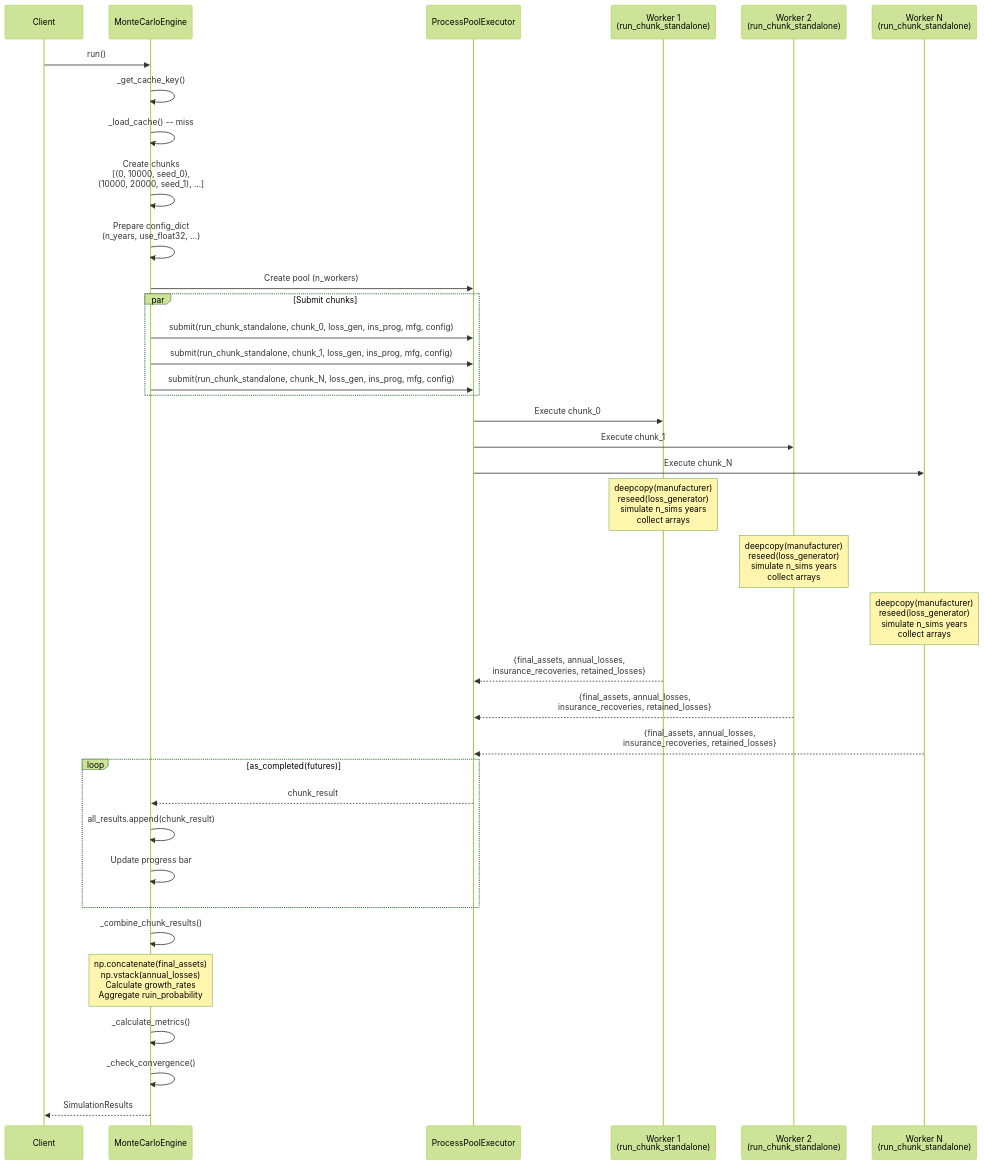
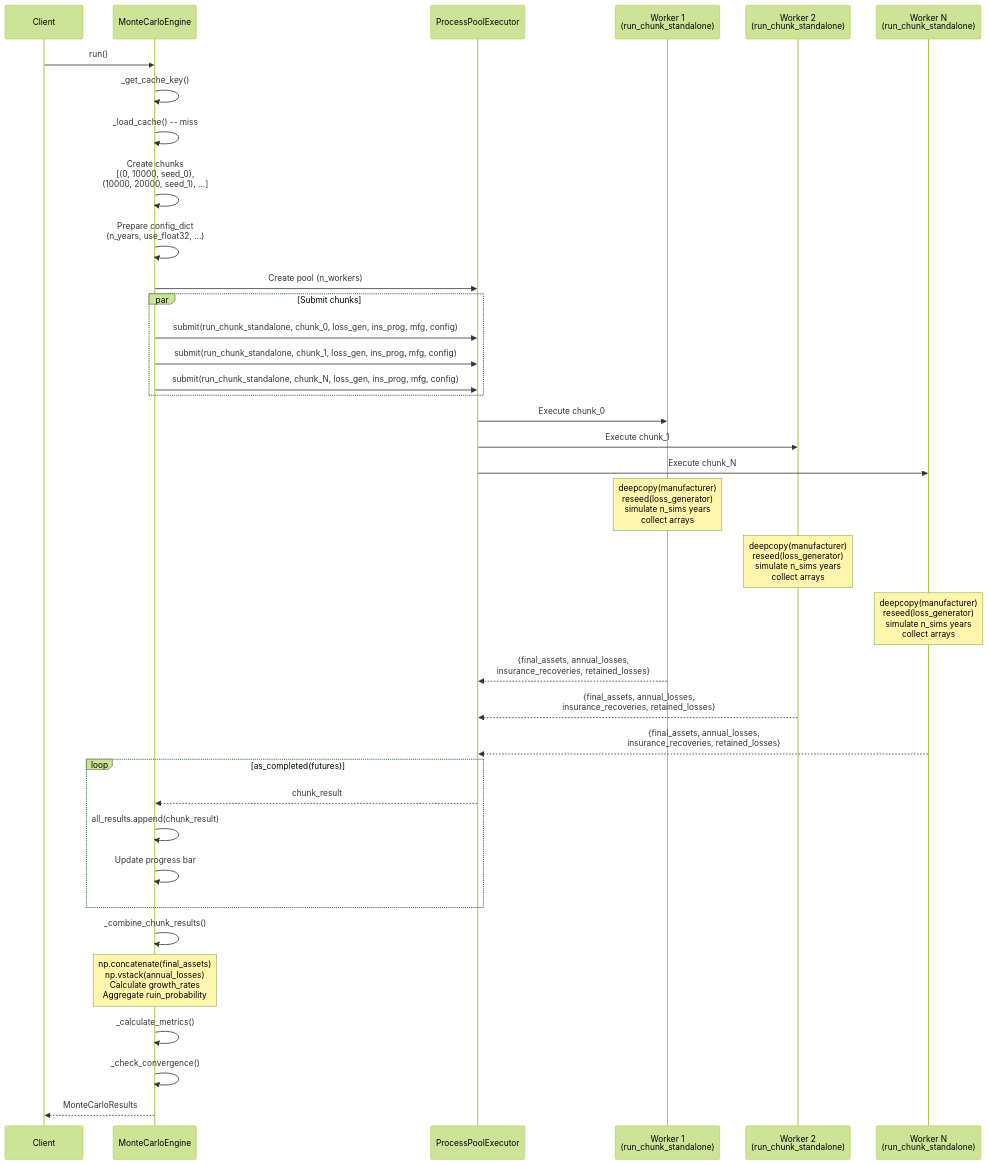
One commit to AlexFiliakov/Ergodic-Insurance-Limits changed the second of 8 diagrams in ergodic_insurance/docs/architecture/monte_carlo_architecture.md. Above: the diagram before and after it, drawn with Mermaid (forest theme). The commit also changed other lines of this file and 105 other files, not shown here.

First line of the commit message:
feat!: API cleanup — rename SimulationResults, deprecate InsurancePolicy, and fix validation (#579)

````diff
--- a/ergodic_insurance/docs/architecture/monte_carlo_architecture.md
+++ b/ergodic_insurance/docs/architecture/monte_carlo_architecture.md
@@ -97,50 +97,50 @@
 ```{mermaid}
 sequenceDiagram
     participant Client
     participant MCEngine as MonteCarloEngine
     participant PPE as ProcessPoolExecutor
     participant W1 as Worker 1<br>(run_chunk_standalone)
     participant W2 as Worker 2<br>(run_chunk_standalone)
     participant WN as Worker N<br>(run_chunk_standalone)
 
     Client->>MCEngine: run()
     MCEngine->>MCEngine: _get_cache_key()
     MCEngine->>MCEngine: _load_cache() -- miss
 
     MCEngine->>MCEngine: Create chunks<br>[(0, 10000, seed_0),<br> (10000, 20000, seed_1), ...]
 
     MCEngine->>MCEngine: Prepare config_dict<br>(n_years, use_float32, ...)
 
     MCEngine->>PPE: Create pool (n_workers)
 
     par Submit chunks
         MCEngine->>PPE: submit(run_chunk_standalone, chunk_0, loss_gen, ins_prog, mfg, config)
         MCEngine->>PPE: submit(run_chunk_standalone, chunk_1, loss_gen, ins_prog, mfg, config)
         MCEngine->>PPE: submit(run_chunk_standalone, chunk_N, loss_gen, ins_prog, mfg, config)
     end
 
     PPE->>W1: Execute chunk_0
     PPE->>W2: Execute chunk_1
     PPE->>WN: Execute chunk_N
 
     Note over W1: deepcopy(manufacturer)<br>reseed(loss_generator)<br>simulate n_sims years<br>collect arrays
     Note over W2: deepcopy(manufacturer)<br>reseed(loss_generator)<br>simulate n_sims years<br>collect arrays
     Note over WN: deepcopy(manufacturer)<br>reseed(loss_generator)<br>simulate n_sims years<br>collect arrays
 
     W1-->>PPE: {final_assets, annual_losses,<br>insurance_recoveries, retained_losses}
     W2-->>PPE: {final_assets, annual_losses,<br>insurance_recoveries, retained_losses}
     WN-->>PPE: {final_assets, annual_losses,<br>insurance_recoveries, retained_losses}
 
     loop as_completed(futures)
         PPE-->>MCEngine: chunk_result
         MCEngine->>MCEngine: all_results.append(chunk_result)
         MCEngine->>MCEngine: Update progress bar
     end
 
     MCEngine->>MCEngine: _combine_chunk_results()
     Note over MCEngine: np.concatenate(final_assets)<br>np.vstack(annual_losses)<br>Calculate growth_rates<br>Aggregate ruin_probability
 
     MCEngine->>MCEngine: _calculate_metrics()
     MCEngine->>MCEngine: _check_convergence()
-    MCEngine-->>Client: SimulationResults
+    MCEngine-->>Client: MonteCarloResults
 ```
````
